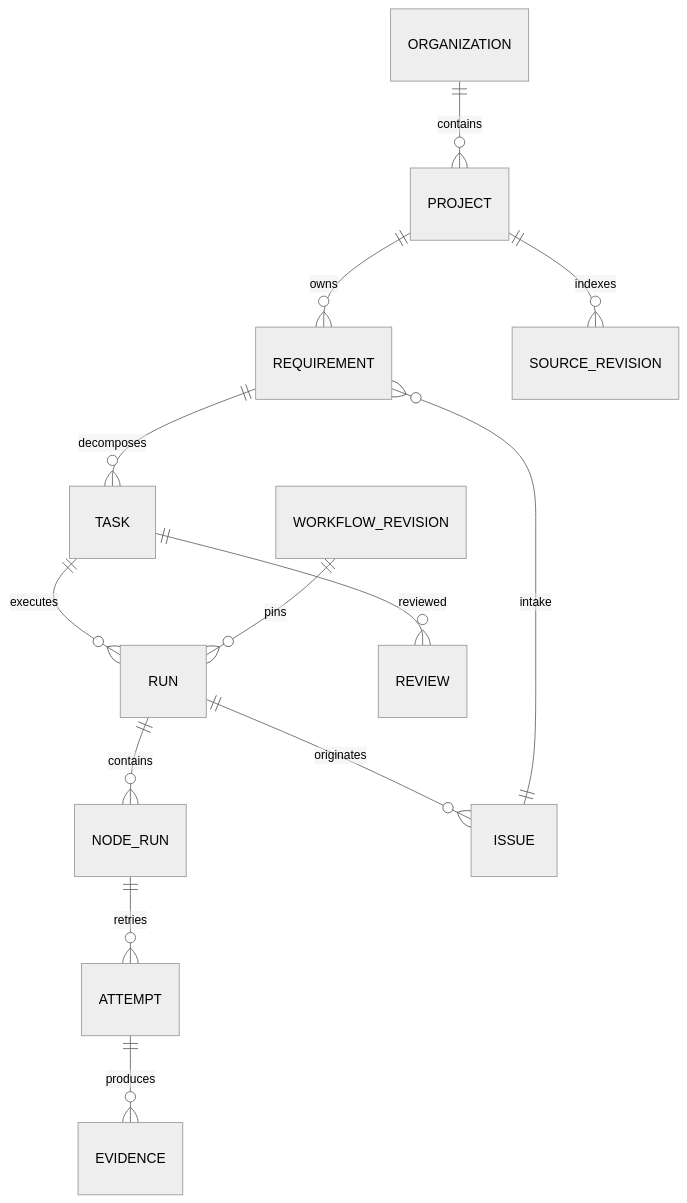
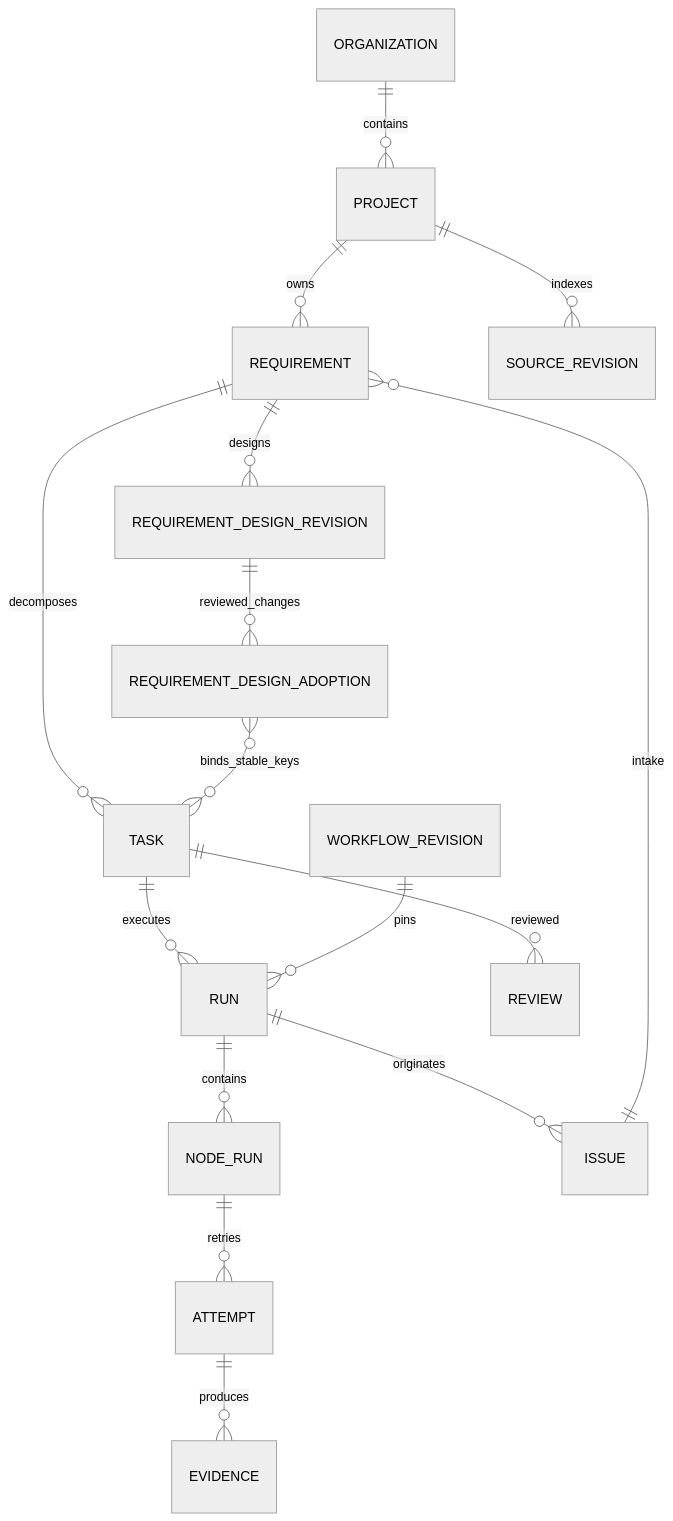
One commit to ai-mada/suma changed the diagram in docs/architecture/domain-model.md. Above: the diagram before and after it, drawn with Mermaid (neutral theme). The commit also changed other lines of this file and 46 other files, not shown here.

Commit message:
feat(requirements): govern design baselines and reviewed task deltas [T-P4-016]

````diff
--- a/docs/architecture/domain-model.md
+++ b/docs/architecture/domain-model.md
@@ -15,15 +17,18 @@
 ```mermaid
 erDiagram
   ORGANIZATION ||--o{ PROJECT : contains
   PROJECT ||--o{ REQUIREMENT : owns
   REQUIREMENT ||--o{ TASK : decomposes
+  REQUIREMENT ||--o{ REQUIREMENT_DESIGN_REVISION : designs
+  REQUIREMENT_DESIGN_REVISION ||--o{ REQUIREMENT_DESIGN_ADOPTION : reviewed_changes
+  REQUIREMENT_DESIGN_ADOPTION }o--o{ TASK : binds_stable_keys
   TASK ||--o{ RUN : executes
   WORKFLOW_REVISION ||--o{ RUN : pins
   RUN ||--o{ NODE_RUN : contains
   NODE_RUN ||--o{ ATTEMPT : retries
   ATTEMPT ||--o{ EVIDENCE : produces
   TASK ||--o{ REVIEW : reviewed
   RUN ||--o{ ISSUE : originates
   ISSUE ||--o{ REQUIREMENT : intake
   PROJECT ||--o{ SOURCE_REVISION : indexes
 ```
````
